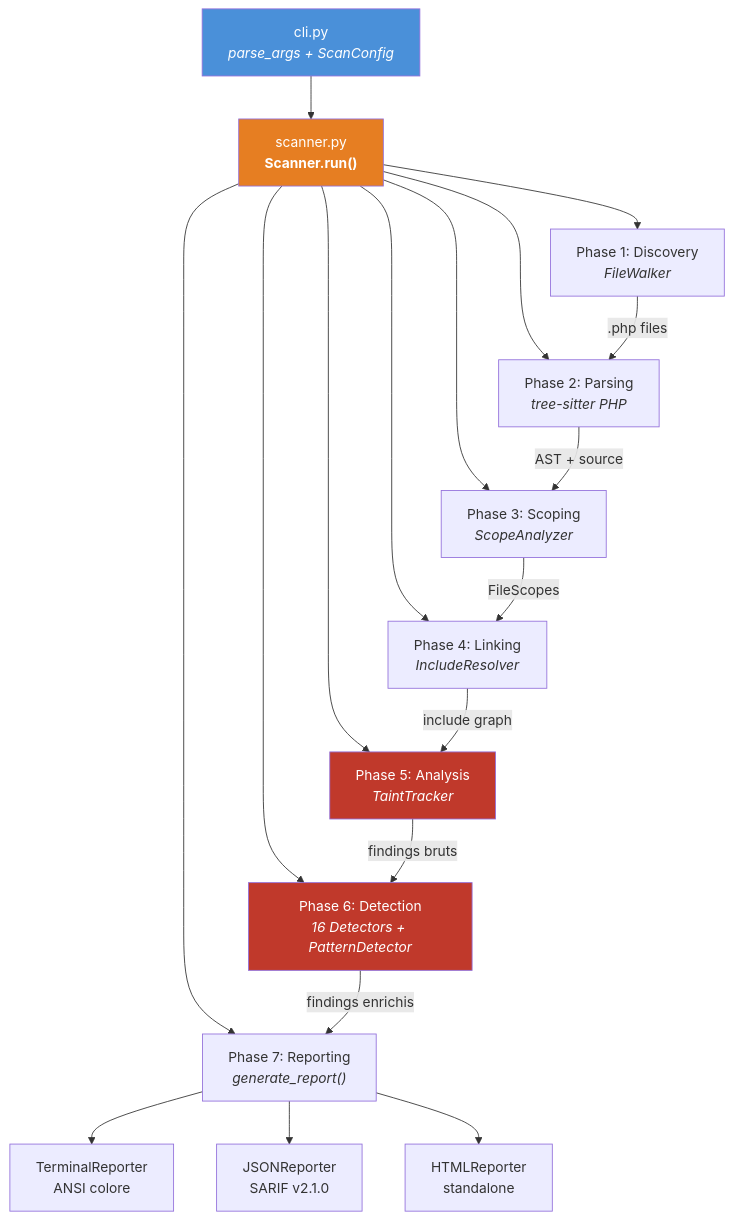
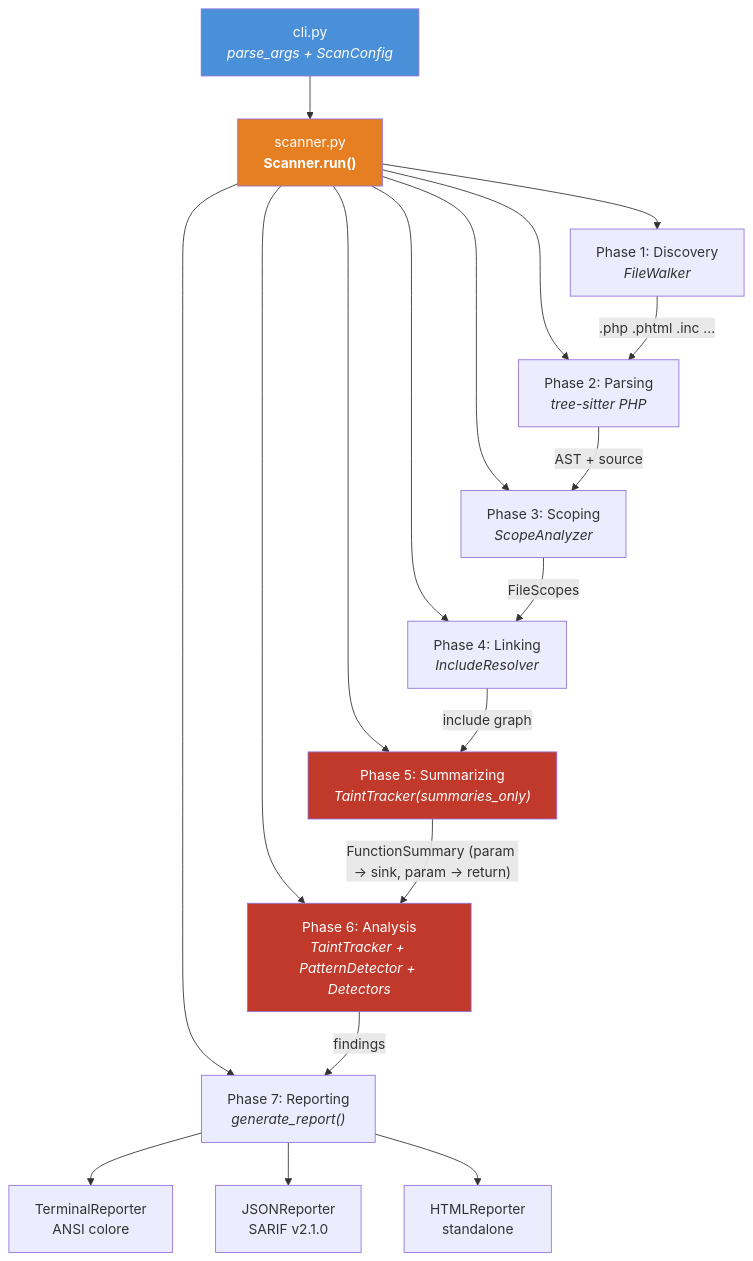
One commit to venantvr/Python.PHP.Whitebox changed the first of 3 diagrams in README.md. Above: the diagram before and after it, drawn with Mermaid. The commit also changed other lines of this file and 42 other files, not shown here.

````diff
--- a/README.md
+++ b/README.md
@@ -63,28 +98,28 @@
 ```mermaid
 graph TD
     CLI["cli.py<br/><i>parse_args + ScanConfig</i>"] --> Scanner["scanner.py<br/><b>Scanner.run()</b>"]
 
     Scanner --> P1["Phase 1: Discovery<br/><i>FileWalker</i>"]
     Scanner --> P2["Phase 2: Parsing<br/><i>tree-sitter PHP</i>"]
     Scanner --> P3["Phase 3: Scoping<br/><i>ScopeAnalyzer</i>"]
     Scanner --> P4["Phase 4: Linking<br/><i>IncludeResolver</i>"]
-    Scanner --> P5["Phase 5: Analysis<br/><i>TaintTracker</i>"]
-    Scanner --> P6["Phase 6: Detection<br/><i>16 Detectors + PatternDetector</i>"]
+    Scanner --> P5["Phase 5: Summarizing<br/><i>TaintTracker(summaries_only)</i>"]
+    Scanner --> P6["Phase 6: Analysis<br/><i>TaintTracker + PatternDetector + Detectors</i>"]
     Scanner --> P7["Phase 7: Reporting<br/><i>generate_report()</i>"]
 
-    P1 -->|".php files"| P2
+    P1 -->|".php .phtml .inc ..."| P2
     P2 -->|"AST + source"| P3
     P3 -->|"FileScopes"| P4
     P4 -->|"include graph"| P5
-    P5 -->|"findings bruts"| P6
-    P6 -->|"findings enrichis"| P7
+    P5 -->|"FunctionSummary (param -> sink, param -> return)"| P6
+    P6 -->|"findings"| P7
 
     P7 --> Terminal["TerminalReporter<br/>ANSI colore"]
     P7 --> JSON["JSONReporter<br/>SARIF v2.1.0"]
     P7 --> HTML["HTMLReporter<br/>standalone"]
 
     style CLI fill:#4a90d9,color:#fff
     style Scanner fill:#e67e22,color:#fff
     style P5 fill:#c0392b,color:#fff
     style P6 fill:#c0392b,color:#fff
 ```
````
